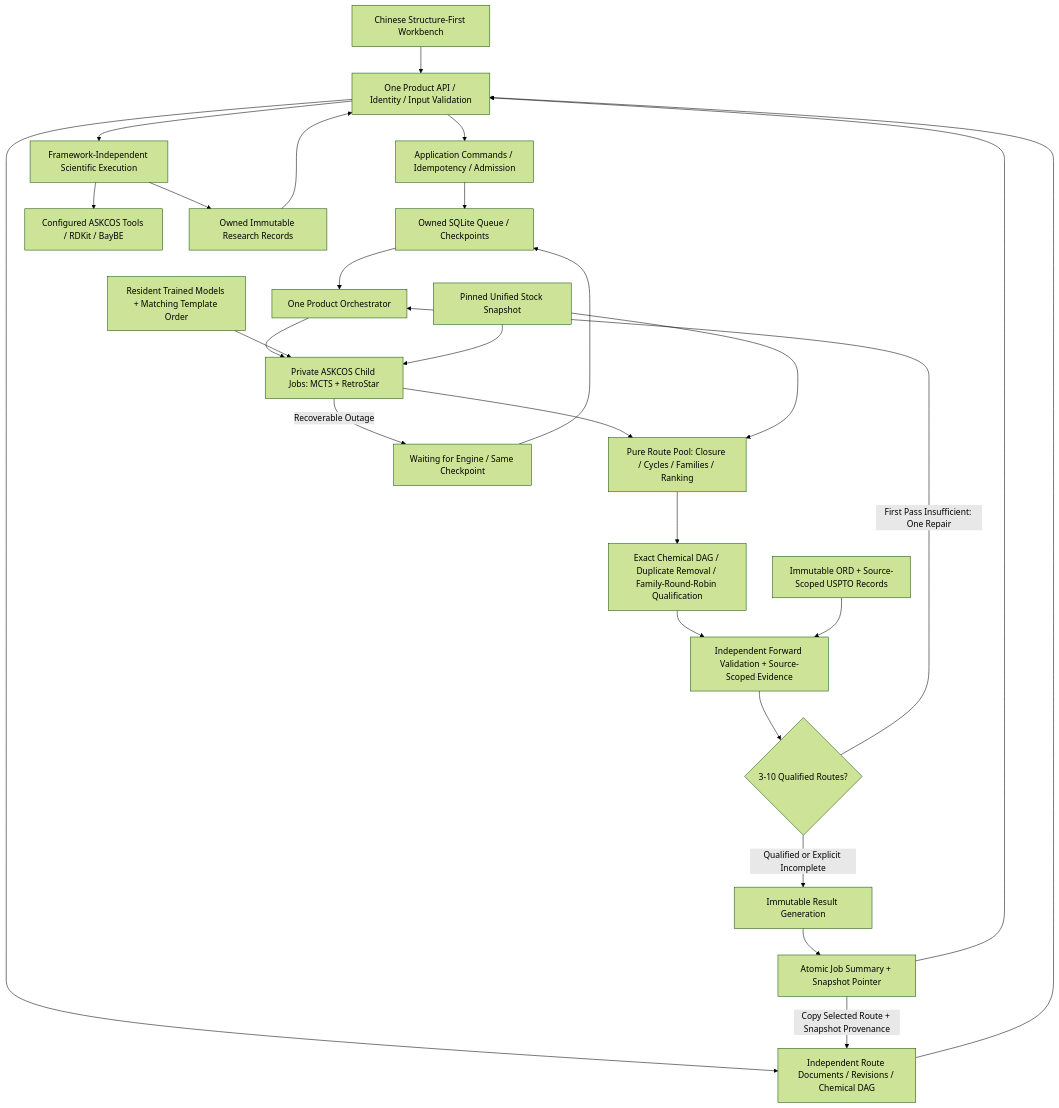
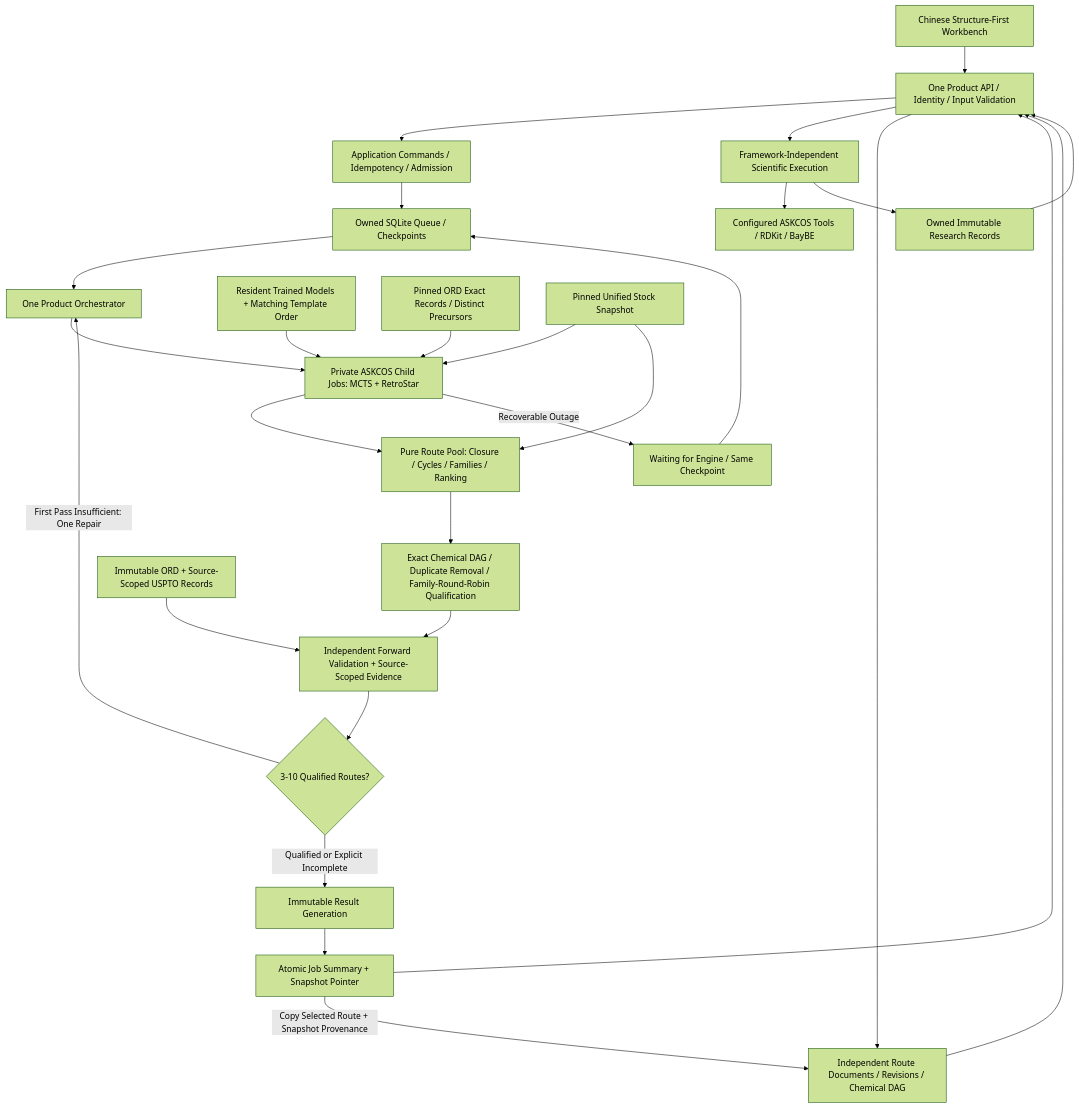
One commit to Victor-Xu-1/X-Synth changed the diagram in docs/current-architecture.md. Above: the diagram before and after it, drawn with Mermaid (forest theme). The commit also changed other lines of this file and 39 other files, not shown here.

Commit message:
Integrate pinned ORD proposals and evidence-supported qualification

````diff
--- a/docs/current-architecture.md
+++ b/docs/current-architecture.md
@@ -11,29 +11,30 @@
 ```mermaid
 flowchart TD
   UI["Chinese Structure-First Workbench"] --> API["One Product API / Identity / Input Validation"]
   API --> CMD["Application Commands / Idempotency / Admission"]
   CMD --> JOB["Owned SQLite Queue / Checkpoints"]
   JOB --> RUN["One Product Orchestrator"]
   RUN --> SEARCH["Private ASKCOS Child Jobs: MCTS + RetroStar"]
   MODELS["Resident Trained Models + Matching Template Order"] --> SEARCH
+  ORD["Pinned ORD Exact Records / Distinct Precursors"] --> SEARCH
   STOCK["Pinned Unified Stock Snapshot"] --> SEARCH
   SEARCH --> POOL["Pure Route Pool: Closure / Cycles / Families / Ranking"]
   STOCK --> POOL
   POOL --> QUEUE["Exact Chemical DAG / Duplicate Removal / Family-Round-Robin Qualification"]
   QUEUE --> REVIEW["Independent Forward Validation + Source-Scoped Evidence"]
   REFERENCES["Immutable ORD + Source-Scoped USPTO Records"] --> REVIEW
   REVIEW --> GATE{"3-10 Qualified Routes?"}
   GATE -- "First Pass Insufficient: One Repair" --> RUN
   GATE -- "Qualified or Explicit Incomplete" --> SEAL["Immutable Result Generation"]
   SEAL --> COMMIT["Atomic Job Summary + Snapshot Pointer"]
   COMMIT --> API
   SEARCH -- "Recoverable Outage" --> WAIT["Waiting for Engine / Same Checkpoint"]
   WAIT --> JOB
   API --> ANALYSIS["Framework-Independent Scientific Execution"]
   ANALYSIS --> TOOLS["Configured ASKCOS Tools / RDKit / BayBE"]
   ANALYSIS --> RECORDS["Owned Immutable Research Records"]
   RECORDS --> API
   API --> DOC["Independent Route Documents / Revisions / Chemical DAG"]
   COMMIT -- "Copy Selected Route + Snapshot Provenance" --> DOC
   DOC --> API
 ```
````
